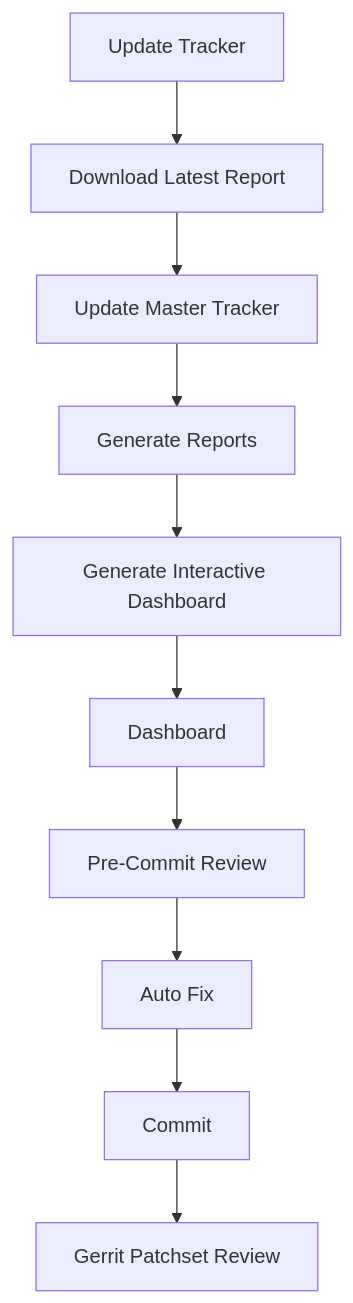
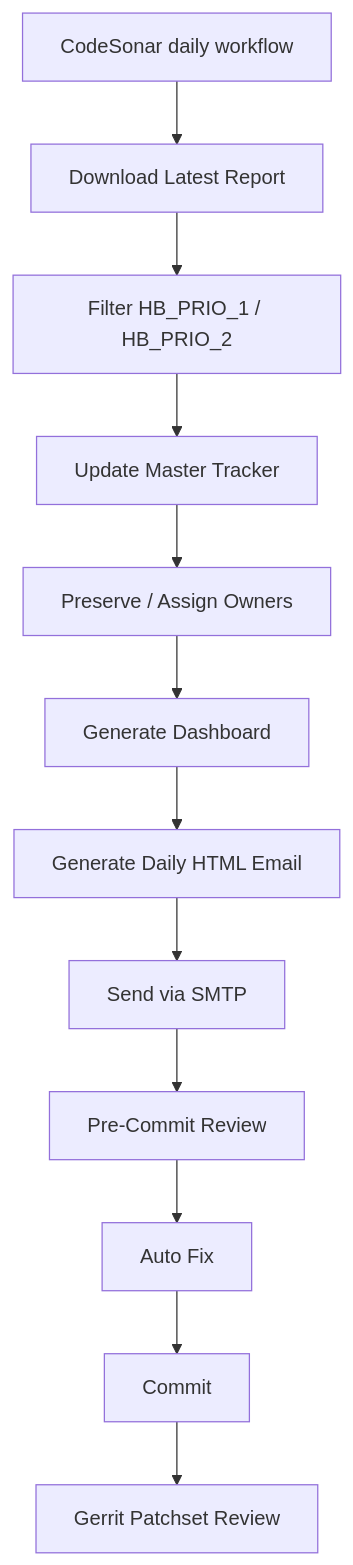
One commit to Jashitha/copilot-codesonar-assistant changed the second of 4 diagrams in README.md. Above: the diagram before and after it, drawn with Mermaid. The commit also changed other lines of this file and 6 other files, not shown here.

Commit message:
Use SMTP-only daily CodeSonar email

````diff
--- a/README.md
+++ b/README.md
@@ -117,12 +119,14 @@
 ```mermaid
 flowchart TD
-    A[Update Tracker] --> B[Download Latest Report]
-    B --> C[Update Master Tracker]
-    C --> D[Generate Reports]
-    D --> E[Generate Interactive Dashboard]
-    E --> F[Dashboard]
-    F --> G[Pre-Commit Review]
-    G --> H[Auto Fix]
-    H --> I[Commit]
-    I --> J[Gerrit Patchset Review]
+    A[CodeSonar daily workflow] --> B[Download Latest Report]
+    B --> C[Filter HB_PRIO_1 / HB_PRIO_2]
+    C --> D[Update Master Tracker]
+    D --> E[Preserve / Assign Owners]
+    E --> F[Generate Dashboard]
+    F --> G[Generate Daily HTML Email]
+    G --> H[Send via SMTP]
+    H --> I[Pre-Commit Review]
+    I --> J[Auto Fix]
+    J --> K[Commit]
+    K --> L[Gerrit Patchset Review]
 ```
````
